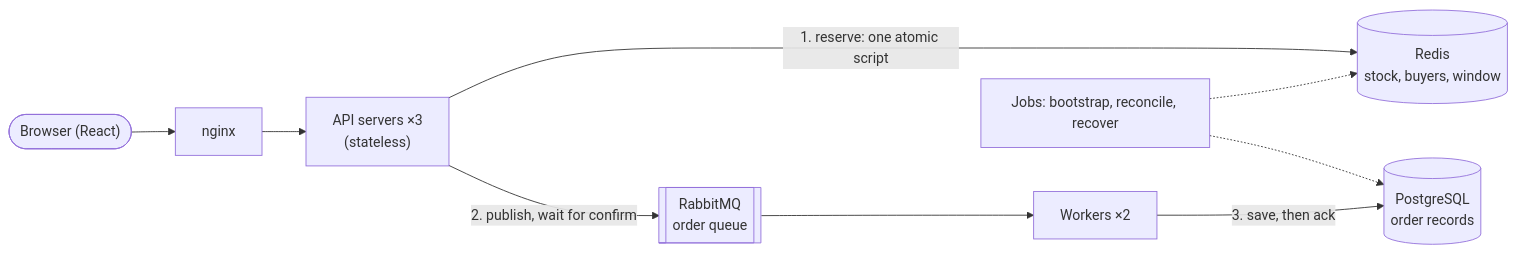
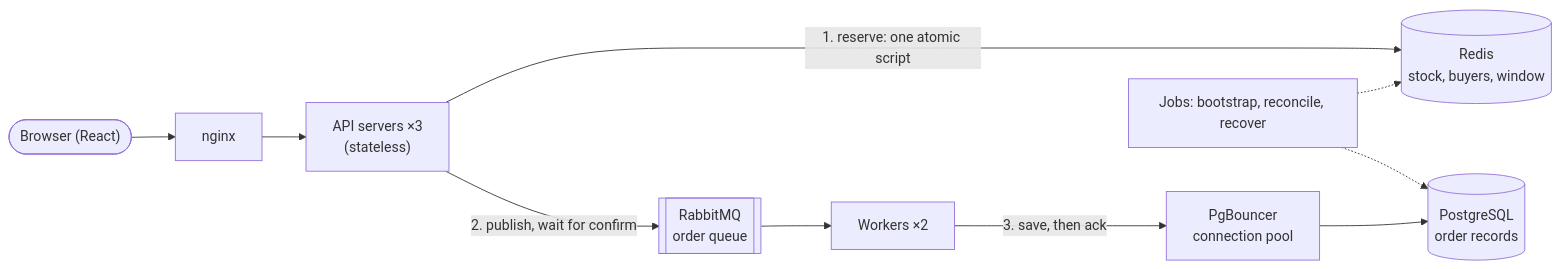
Before and after one commit to DwiHandoyo/flash-sale: the diagram in README.md, drawn with Mermaid. The commit also changed other lines of this file and 7 other files, not shown here.

First line of the commit message:
Put PgBouncer in front of PostgreSQL, as RDS Proxy is in production

````diff
--- a/README.md
+++ b/README.md
@@ -32,11 +32,12 @@
 ```mermaid
 flowchart LR
     browser(["Browser (React)"]) --> nginx["nginx"]
     nginx --> apis["API servers ×3<br/>(stateless)"]
     apis -->|"1. reserve: one atomic script"| redis[("Redis<br/>stock, buyers, window")]
     apis -->|"2. publish, wait for confirm"| rabbit[["RabbitMQ<br/>order queue"]]
     rabbit --> workers["Workers ×2"]
-    workers -->|"3. save, then ack"| postgres[("PostgreSQL<br/>order records")]
+    workers -->|"3. save, then ack"| pgbouncer["PgBouncer<br/>connection pool"]
+    pgbouncer --> postgres[("PostgreSQL<br/>order records")]
     jobs["Jobs: bootstrap, reconcile, recover"] -.-> redis
     jobs -.-> postgres
 ```
````
